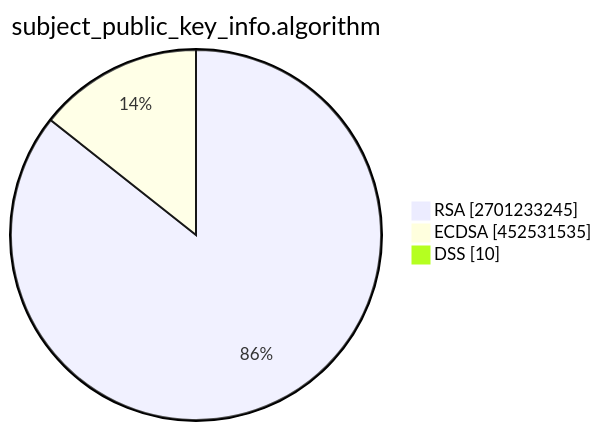
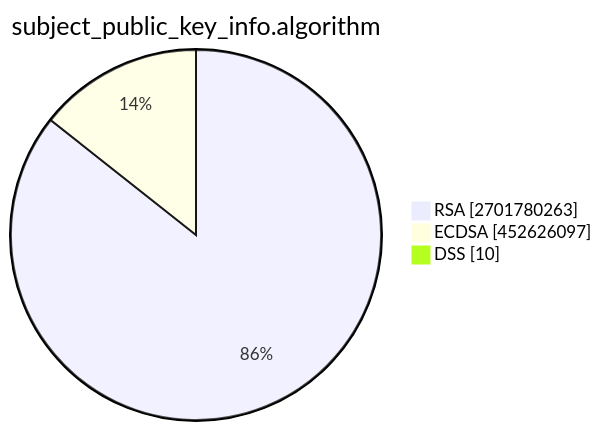
One commit to christiankrug/ctmonitor_visualization changed the second of 15 diagrams in TOTAL/README.md. Above: the diagram before and after it, drawn with Mermaid. The commit also changed other lines of this file, not shown here.

````diff
--- a/TOTAL/README.md
+++ b/TOTAL/README.md
@@ -6,7 +6,7 @@
 ```mermaid
 pie showData
 title subject_public_key_info.algorithm
-"RSA" :2701233245
-"ECDSA" :452531535
+"RSA" :2701780263
+"ECDSA" :452626097
 "DSS" :10
 ```
````
